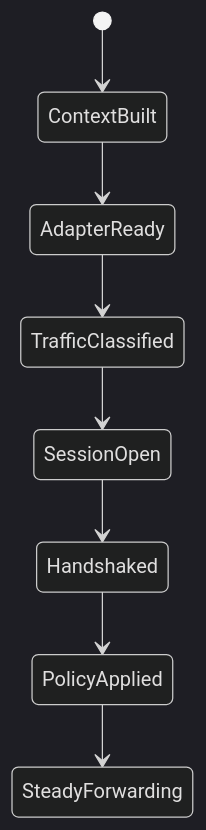
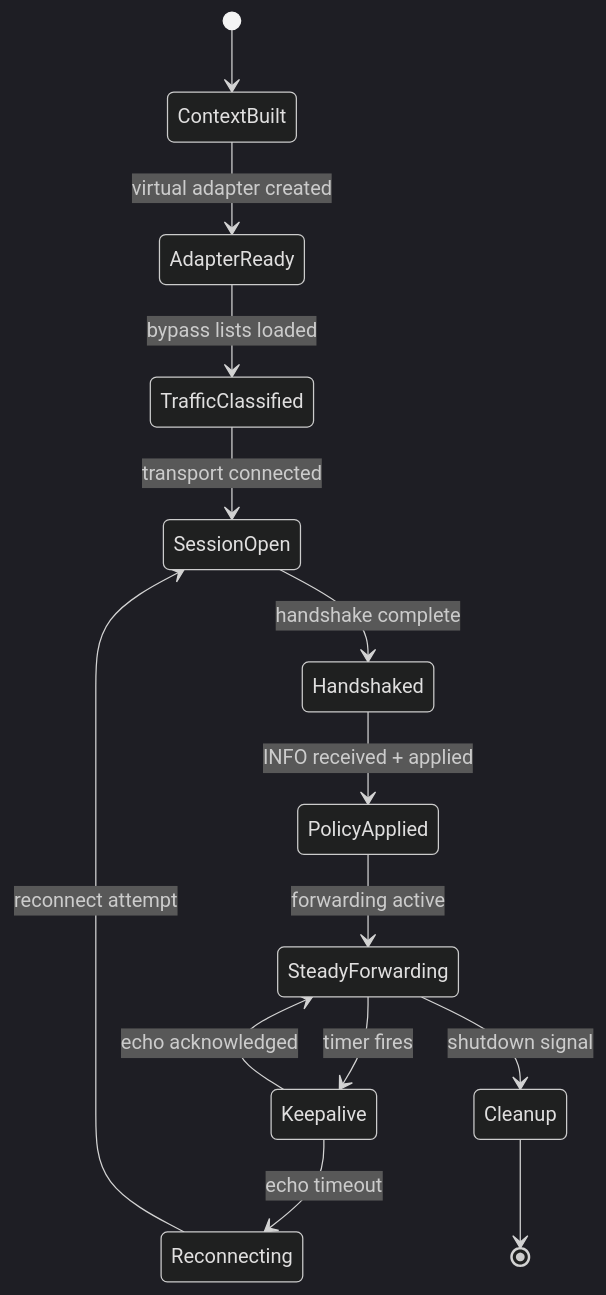
Before and after one commit to HyacinthHaru/openppp2: the fourth of 8 diagrams in docs/CLIENT_ARCHITECTURE.md, drawn with Mermaid (dark theme). The commit also changed other lines of this file and 93 other files, not shown here.

````diff
--- a/docs/CLIENT_ARCHITECTURE.md
+++ b/docs/CLIENT_ARCHITECTURE.md
@@ -71,10 +111,16 @@
 ```mermaid
 stateDiagram-v2
     [*] --> ContextBuilt
-    ContextBuilt --> AdapterReady
-    AdapterReady --> TrafficClassified
-    TrafficClassified --> SessionOpen
-    SessionOpen --> Handshaked
-    Handshaked --> PolicyApplied
-    PolicyApplied --> SteadyForwarding
+    ContextBuilt --> AdapterReady : virtual adapter created
+    AdapterReady --> TrafficClassified : bypass lists loaded
+    TrafficClassified --> SessionOpen : transport connected
+    SessionOpen --> Handshaked : handshake complete
+    Handshaked --> PolicyApplied : INFO received + applied
+    PolicyApplied --> SteadyForwarding : forwarding active
+    SteadyForwarding --> Keepalive : timer fires
+    Keepalive --> SteadyForwarding : echo acknowledged
+    Keepalive --> Reconnecting : echo timeout
+    Reconnecting --> SessionOpen : reconnect attempt
+    SteadyForwarding --> Cleanup : shutdown signal
+    Cleanup --> [*]
 ```
````
